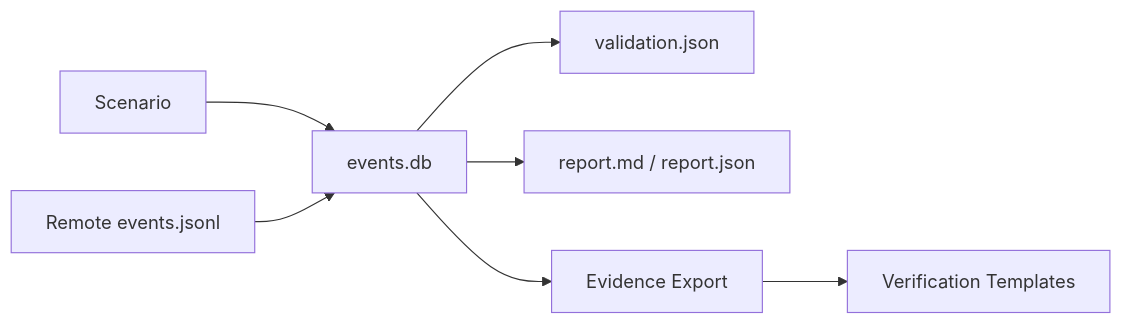
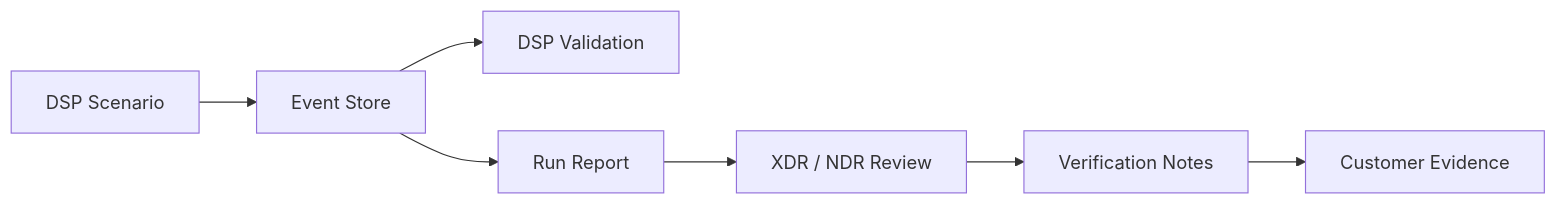
The diagram in ko/reports-and-evidence.mdx (xdr-labs/detection-scenario-platform-docs), drawn with Mermaid before and after one commit. The commit also changed other lines of this file and 7 other files, not shown here.

````diff
--- a/ko/reports-and-evidence.mdx
+++ b/ko/reports-and-evidence.mdx
@@ -36,9 +44,9 @@
 ```mermaid
 flowchart LR
-  S[Scenario] --> E[events.db]
-  W[Remote events.jsonl] --> E
-  E --> V[validation.json]
-  E --> R[report.md / report.json]
-  E --> X[Evidence Export]
-  X --> M[Verification Templates]
+  S[DSP Scenario] --> E[Event Store]
+  E --> V[DSP Validation]
+  E --> R[Run Report]
+  R --> P[XDR / NDR Review]
+  P --> M[Verification Notes]
+  M --> C[Customer Evidence]
 ```
````
